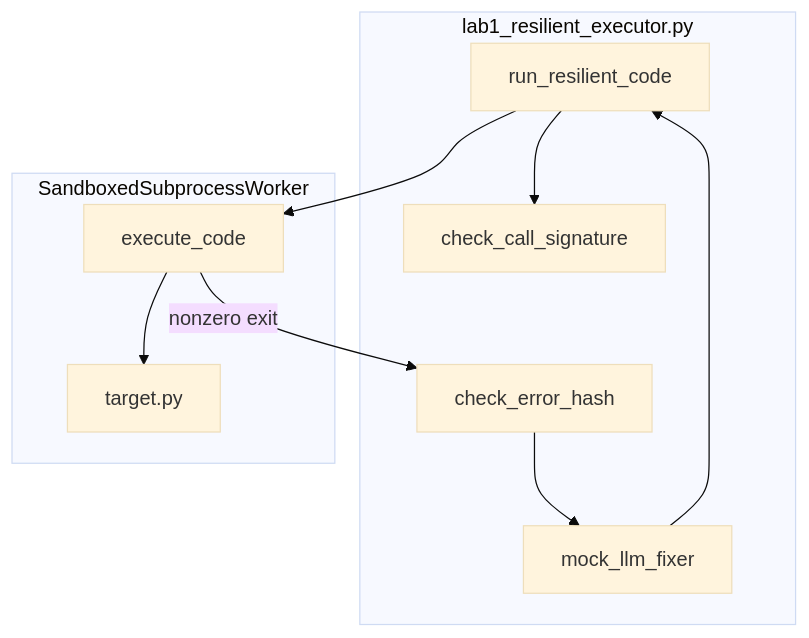
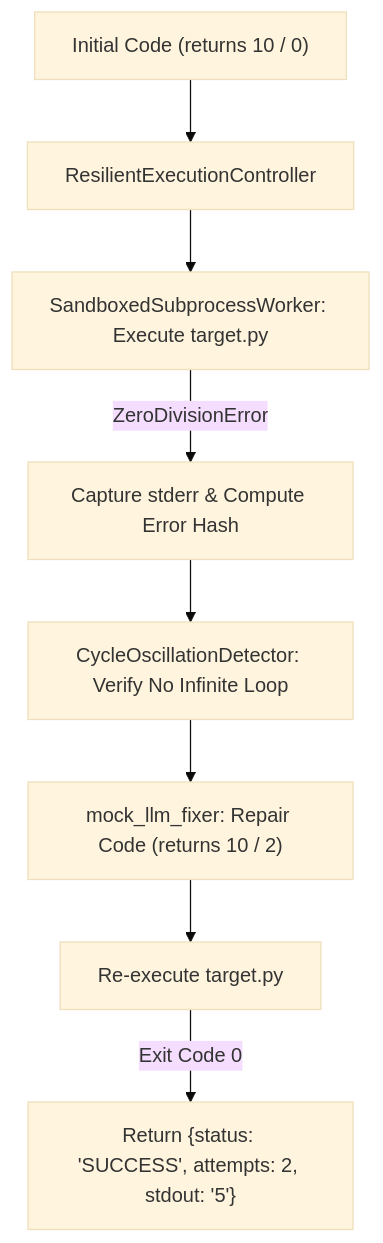
Before and after one commit to jacobbweber/AgenticAI-Labs: the diagram in education/20_synthesis/lab1_resilient_executor.md, drawn with Mermaid (base theme). The commit also changed other lines of this file and 123 other files, not shown here.

````diff
--- a/education/20_synthesis/lab1_resilient_executor.md
+++ b/education/20_synthesis/lab1_resilient_executor.md
@@ -15,19 +19,10 @@
 ```mermaid
 flowchart TD
-    subgraph re_ctrl [lab1_resilient_executor.py]
-        RUN["run_resilient_code"]
-        CYC["check_call_signature"]
-        ERR["check_error_hash"]
-        FIX["mock_llm_fixer"]
-    end
-    subgraph re_sand [SandboxedSubprocessWorker]
-        EX["execute_code"]
-        PY["target.py"]
-    end
-    RUN --> CYC
-    RUN --> EX
-    EX --> PY
-    EX -->|"nonzero exit"| ERR
-    ERR --> FIX
-    FIX --> RUN
+    A["Initial Code (returns 10 / 0)"] --> B["ResilientExecutionController"]
+    B --> C["SandboxedSubprocessWorker: Execute target.py"]
+    C -->|"ZeroDivisionError"| D["Capture stderr & Compute Error Hash"]
+    D --> E["CycleOscillationDetector: Verify No Infinite Loop"]
+    E --> F["mock_llm_fixer: Repair Code (returns 10 / 2)"]
+    F --> G["Re-execute target.py"]
+    G -->|"Exit Code 0"| H["Return {status: 'SUCCESS', attempts: 2, stdout: '5'}"]
 ```
````
